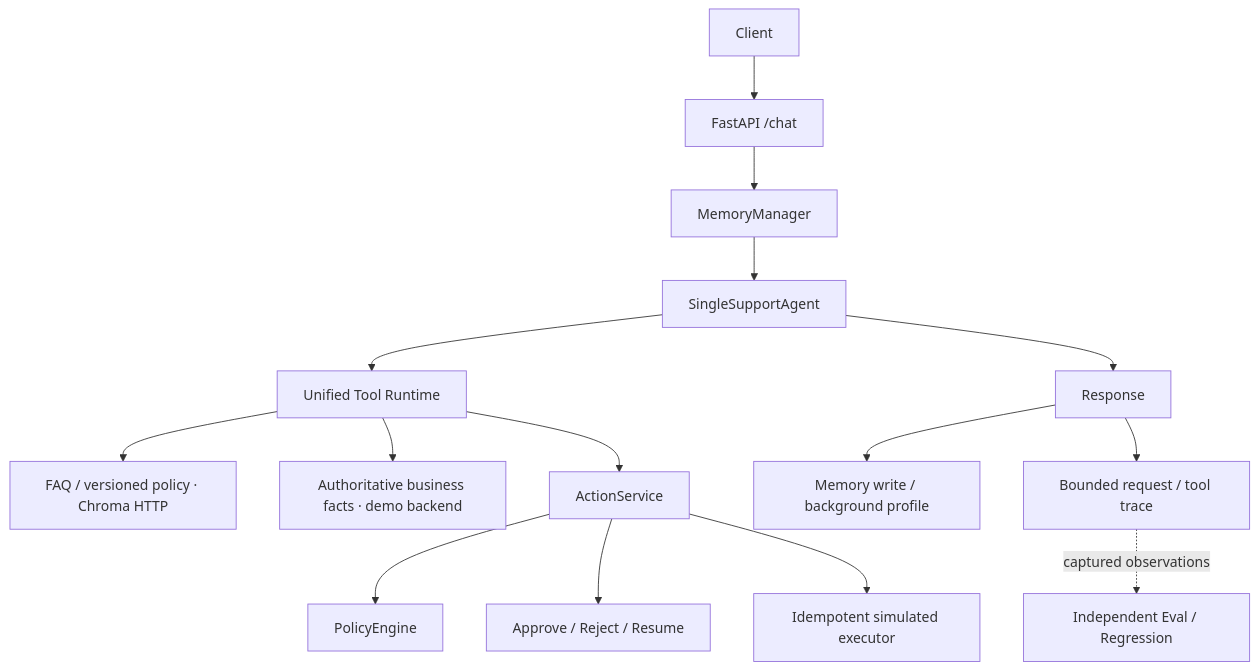
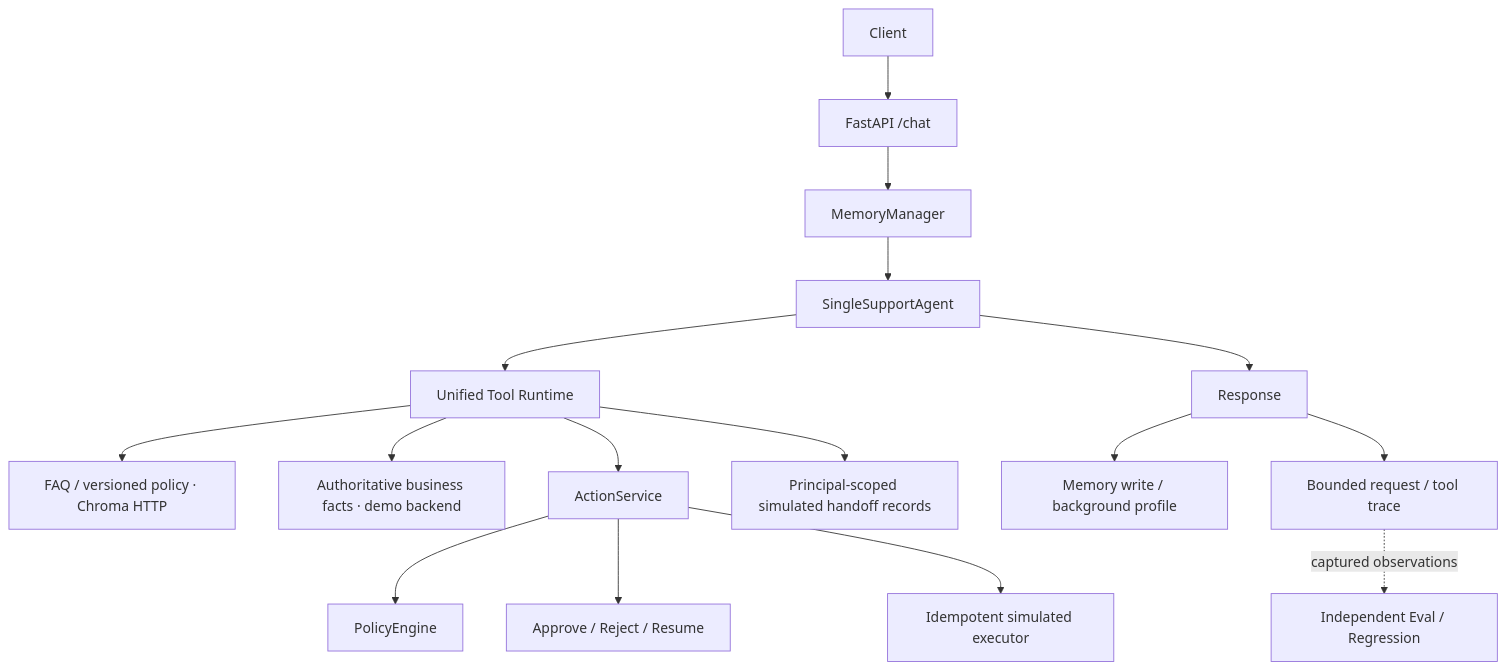
Before and after one commit to nanxin-49/MyAgent_1: the diagram in README.md, drawn with Mermaid. The commit also changed other lines of this file and 16 other files, not shown here.

Commit message:
Add structured handoff records

````diff
--- a/README.md
+++ b/README.md
@@ -16,17 +17,18 @@
 ```mermaid
 flowchart TD
     Client --> API[FastAPI /chat]
     API --> MemoryManager
     MemoryManager --> SingleSupportAgent
     SingleSupportAgent --> ToolRuntime[Unified Tool Runtime]
     ToolRuntime --> RAG[FAQ / versioned policy · Chroma HTTP]
     ToolRuntime --> Providers[Authoritative business facts · demo backend]
     ToolRuntime --> ActionService
+    ToolRuntime --> HandoffService[Principal-scoped simulated handoff records]
     ActionService --> PolicyEngine
     ActionService --> HITL[Approve / Reject / Resume]
     ActionService --> Executor[Idempotent simulated executor]
     SingleSupportAgent --> Response
     Response --> MemoryWrite[Memory write / background profile]
     Response --> Trace[Bounded request / tool trace]
     Trace -. captured observations .-> Eval[Independent Eval / Regression]
 ```
````
